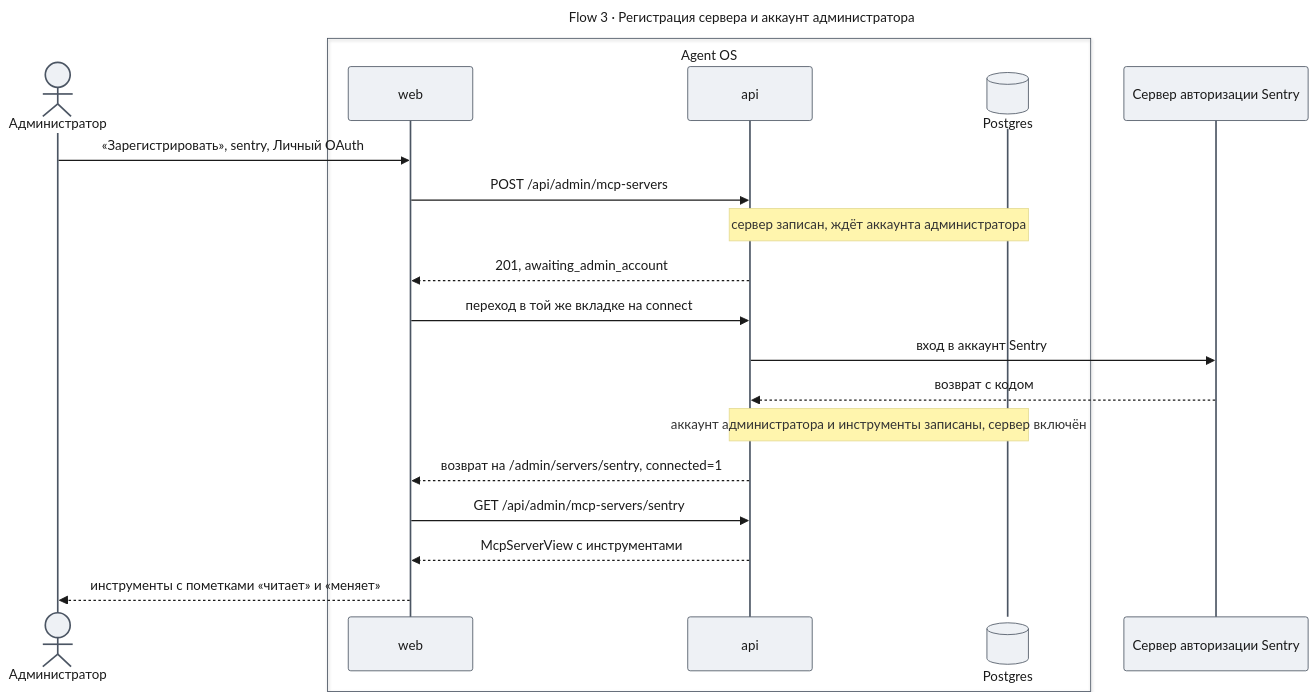
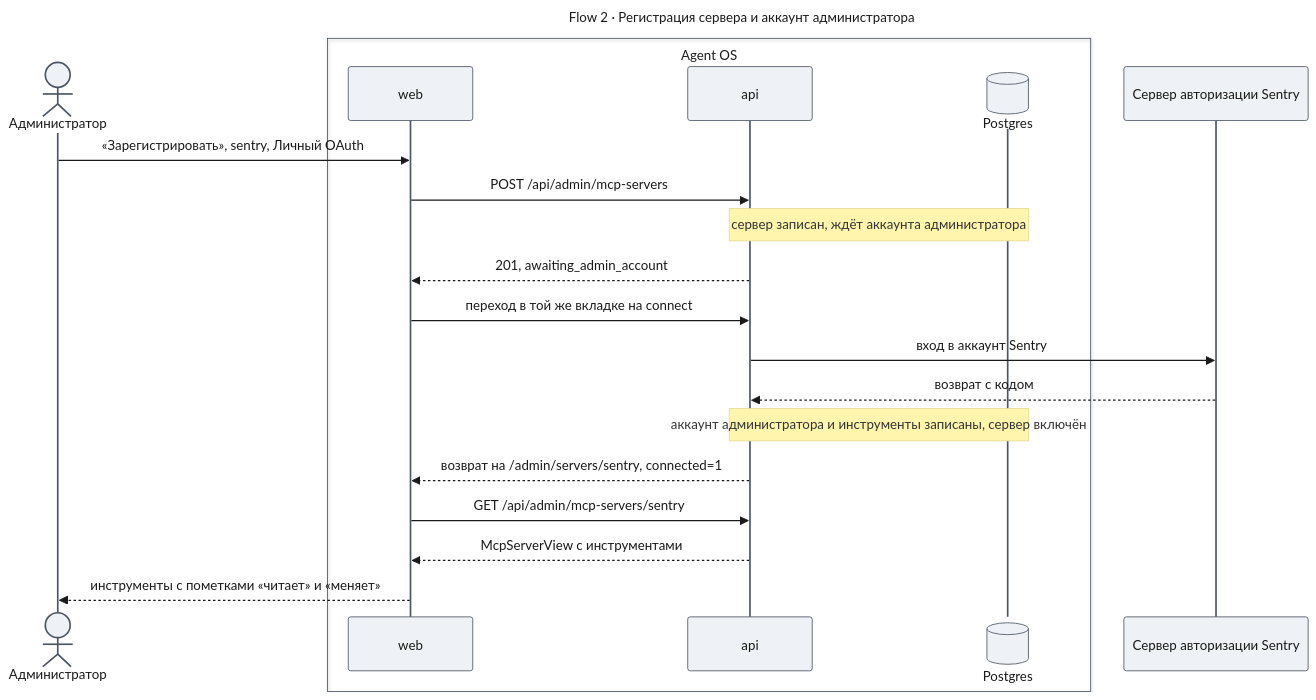
Before and after one commit to tundraray/agent-os: the fourth of 5 diagrams in docs/features/enterprise-access/design-admin.md, drawn with Mermaid. The commit also changed other lines of this file, not shown here.

````diff
--- a/docs/features/enterprise-access/design-admin.md
+++ b/docs/features/enterprise-access/design-admin.md
@@ -410,46 +343,46 @@
 ```mermaid
 ---
-title: "Flow 3 · Регистрация сервера и аккаунт администратора"
+title: "Flow 2 · Регистрация сервера и аккаунт администратора"
 config:
   theme: base
   look: classic
   themeVariables:
     primaryColor: "#eef1f5"
     primaryBorderColor: "#4b5563"
     primaryTextColor: "#1a1a1a"
     lineColor: "#6b7280"
   themeCSS: |
-    @keyframes lit_df3{0%,9%{stroke:#991b1b;stroke-width:6px}10%,100%{stroke:#37474f;stroke-width:2px}}
-    @keyframes litr_df3{0%,9%{stroke:#1d4ed8;stroke-width:6px}10%,100%{stroke:#37474f;stroke-width:2px}}
-    .messageLine0[data-id='i0'],.messageLine1[data-id='i0']{animation:lit_df3 12s linear 0s infinite}
-    .messageLine0[data-id='i1'],.messageLine1[data-id='i1']{animation:lit_df3 12s linear 1.2s infinite}
-    .messageLine0[data-id='i3'],.messageLine1[data-id='i3']{animation:lit_df3 12s linear 2.4s infinite}
-    .messageLine0[data-id='i4'],.messageLine1[data-id='i4']{animation:lit_df3 12s linear 3.6s infinite}
-    .messageLine0[data-id='i5'],.messageLine1[data-id='i5']{animation:lit_df3 12s linear 4.8s infinite}
-    .messageLine0[data-id='i6'],.messageLine1[data-id='i6']{animation:lit_df3 12s linear 6s infinite}
-    .messageLine0[data-id='i8'],.messageLine1[data-id='i8']{animation:lit_df3 12s linear 7.2s infinite}
-    .messageLine0[data-id='i9'],.messageLine1[data-id='i9']{animation:litr_df3 12s linear 8.4s infinite}
-    .messageLine0[data-id='i10'],.messageLine1[data-id='i10']{animation:litr_df3 12s linear 9.6s infinite}
-    .messageLine0[data-id='i11'],.messageLine1[data-id='i11']{animation:litr_df3 12s linear 10.8s infinite}
+    @keyframes lit_df2{0%,9%{stroke:#991b1b;stroke-width:6px}10%,100%{stroke:#37474f;stroke-width:2px}}
+    @keyframes litr_df2{0%,9%{stroke:#1d4ed8;stroke-width:6px}10%,100%{stroke:#37474f;stroke-width:2px}}
+    .messageLine0[data-id='i0'],.messageLine1[data-id='i0']{animation:lit_df2 12s linear 0s infinite}
+    .messageLine0[data-id='i1'],.messageLine1[data-id='i1']{animation:lit_df2 12s linear 1.2s infinite}
+    .messageLine0[data-id='i3'],.messageLine1[data-id='i3']{animation:lit_df2 12s linear 2.4s infinite}
+    .messageLine0[data-id='i4'],.messageLine1[data-id='i4']{animation:lit_df2 12s linear 3.6s infinite}
+    .messageLine0[data-id='i5'],.messageLine1[data-id='i5']{animation:lit_df2 12s linear 4.8s infinite}
+    .messageLine0[data-id='i6'],.messageLine1[data-id='i6']{animation:lit_df2 12s linear 6s infinite}
+    .messageLine0[data-id='i8'],.messageLine1[data-id='i8']{animation:lit_df2 12s linear 7.2s infinite}
+    .messageLine0[data-id='i9'],.messageLine1[data-id='i9']{animation:litr_df2 12s linear 8.4s infinite}
+    .messageLine0[data-id='i10'],.messageLine1[data-id='i10']{animation:litr_df2 12s linear 9.6s infinite}
+    .messageLine0[data-id='i11'],.messageLine1[data-id='i11']{animation:litr_df2 12s linear 10.8s infinite}
 ---
 sequenceDiagram
     actor G as Администратор
     box Agent OS
     participant W as web
     participant A as api
     participant DB@{ "type": "database" } as Postgres
     end
     participant S as Сервер авторизации Sentry
     G->>W: «Зарегистрировать», sentry, Личный OAuth
     W->>A: POST /api/admin/mcp-servers
     Note over A,DB: сервер записан, ждёт аккаунта администратора
     A-->>W: 201, awaiting_admin_account
     W->>A: переход в той же вкладке на connect
     A->>S: вход в аккаунт Sentry
     S-->>A: возврат с кодом
     Note over A,DB: аккаунт администратора и инструменты записаны, сервер включён
     A-->>W: возврат на /admin/servers/sentry, connected=1
     W->>A: GET /api/admin/mcp-servers/sentry
     A-->>W: McpServerView с инструментами
     W-->>G: инструменты с пометками «читает» и «меняет»
 ```
````
